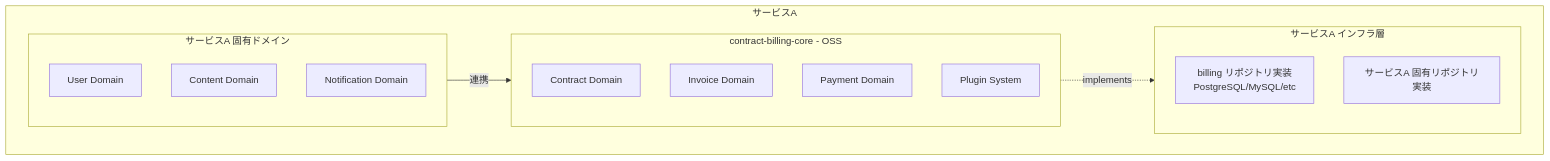
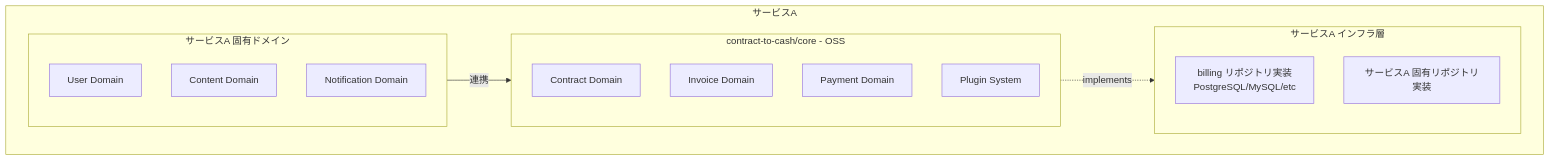
One commit to contract-to-cash/core changed the first of 2 diagrams in docs/guides/usage-guide.md. Above: the diagram before and after it, drawn with Mermaid. The commit also changed other lines of this file and 6 other files, not shown here.

````diff
--- a/docs/guides/usage-guide.md
+++ b/docs/guides/usage-guide.md
@@ -7,25 +7,25 @@
 ```mermaid
 graph TB
     subgraph ServiceA[サービスA]
         subgraph OwnDomain[サービスA 固有ドメイン]
             UD[User Domain]
             CD[Content Domain]
             ND[Notification Domain]
         end
         
-        subgraph OSS[contract-billing-core - OSS]
+        subgraph OSS[contract-to-cash/core - OSS]
             ContractD[Contract Domain]
             InvoiceD[Invoice Domain]
             PaymentD[Payment Domain]
             PluginS[Plugin System]
         end
         
         subgraph Infra[サービスA インフラ層]
             BillingRepo[billing リポジトリ実装<br/>PostgreSQL/MySQL/etc]
             OwnRepo[サービスA 固有リポジトリ実装]
         end
         
         OwnDomain -->|連携| OSS
         OSS -.->|implements| Infra
     end
 ```
````
